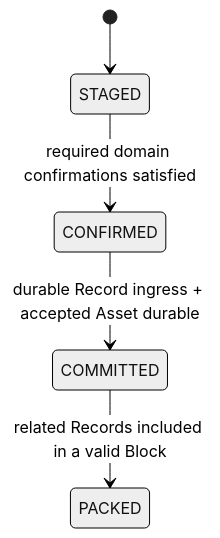
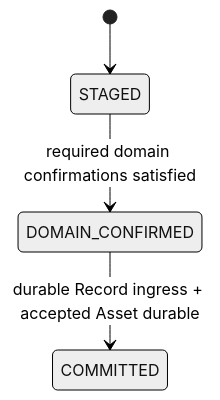
One commit to labourchain/repository changed the fifth of 5 diagrams in docs/architecture.md. Above: the diagram before and after it, drawn with Mermaid (neutral theme). The commit also changed other lines of this file and 28 other files, not shown here.

````diff
--- a/docs/architecture.md
+++ b/docs/architecture.md
@@ -285,7 +349,6 @@
 ```mermaid
 stateDiagram-v2
     [*] --> STAGED
-    STAGED --> CONFIRMED: required domain confirmations satisfied
-    CONFIRMED --> COMMITTED: durable Record ingress + accepted Asset durable
-    COMMITTED --> PACKED: related Records included in a valid Block
+    STAGED --> DOMAIN_CONFIRMED: required domain confirmations satisfied
+    DOMAIN_CONFIRMED --> COMMITTED: durable Record ingress + accepted Asset durable
 ```
````
